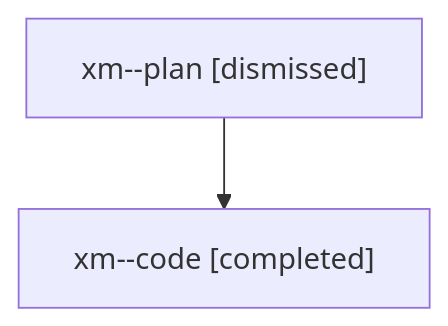
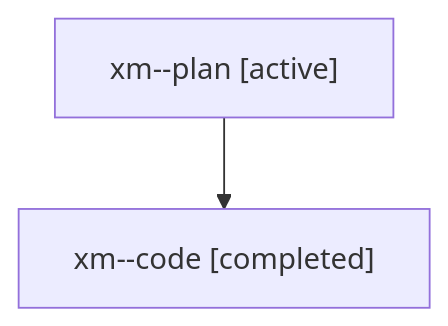
The diagram in families/bbugyi200.athena.xm.md (sase-org/sase--agents), drawn with Mermaid before and after one commit. The commit also changed other lines of this file and 35830 other files, not shown here.

````diff
--- a/families/bbugyi200.athena.xm.md
+++ b/families/bbugyi200.athena.xm.md
@@ -9,6 +9,6 @@
 ```mermaid
 flowchart TD
-  n0["xm--plan [dismissed]"]
+  n0["xm--plan [active]"]
   n1["xm--code [completed]"]
   n0 --> n1
 ```
````
